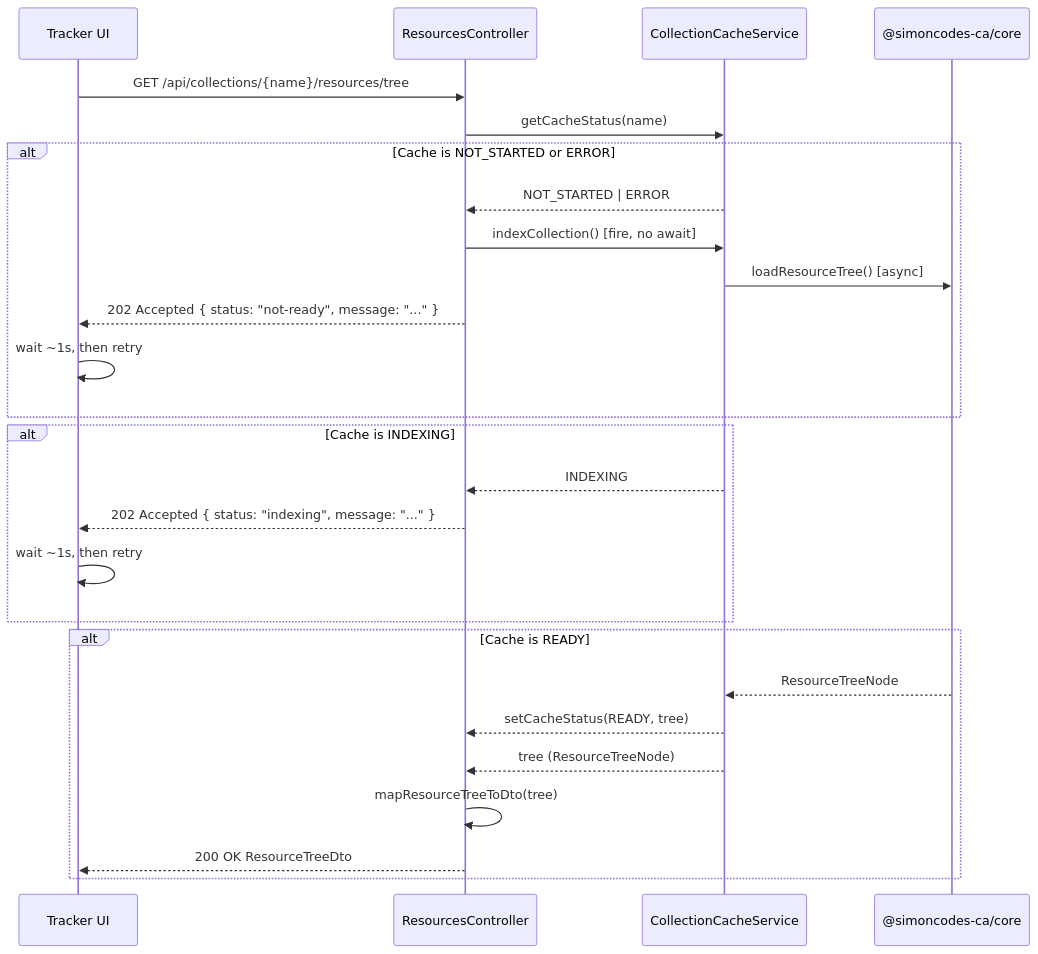
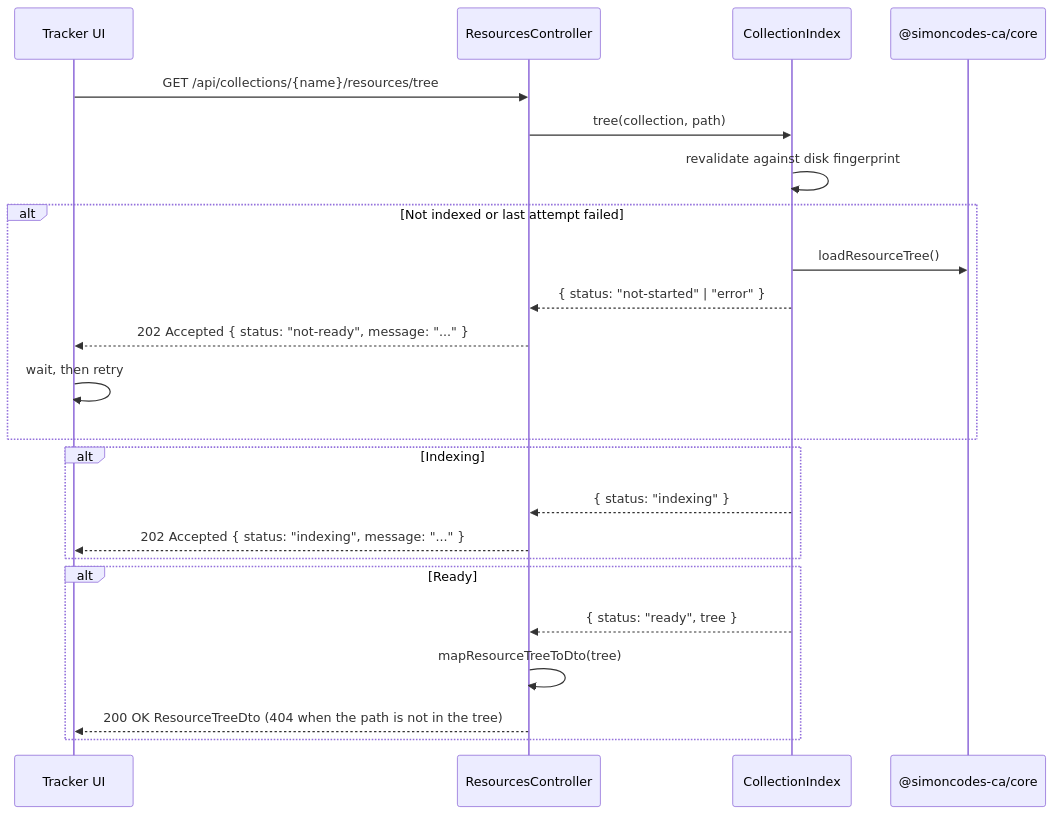
One commit to SimonNodel-AI/lingo-tracker changed the third of 4 diagrams in architecture-docs/api.md. Above: the diagram before and after it, drawn with Mermaid. The commit also changed other lines of this file and 38 other files, not shown here.

First line of the commit message:
refactor(api): replace the cache mechanism with a CollectionIndex

````diff
--- a/architecture-docs/api.md
+++ b/architecture-docs/api.md
@@ -257,32 +265,29 @@
 ```mermaid
 sequenceDiagram
     participant UI as Tracker UI
     participant API as ResourcesController
-    participant Cache as CollectionCacheService
+    participant Index as CollectionIndex
     participant Core as @simoncodes-ca/core
 
     UI->>API: GET /api/collections/{name}/resources/tree
-    API->>Cache: getCacheStatus(name)
+    API->>Index: tree(collection, path)
+    Index->>Index: revalidate against disk fingerprint
 
-    alt Cache is NOT_STARTED or ERROR
-        Cache-->>API: NOT_STARTED | ERROR
-        API->>Cache: indexCollection() [fire, no await]
-        Cache->>Core: loadResourceTree() [async]
+    alt Not indexed or last attempt failed
+        Index->>Core: loadResourceTree()
+        Index-->>API: { status: "not-started" | "error" }
         API-->>UI: 202 Accepted { status: "not-ready", message: "..." }
-        UI->>UI: wait ~1s, then retry
+        UI->>UI: wait, then retry
     end
 
-    alt Cache is INDEXING
-        Cache-->>API: INDEXING
+    alt Indexing
+        Index-->>API: { status: "indexing" }
         API-->>UI: 202 Accepted { status: "indexing", message: "..." }
-        UI->>UI: wait ~1s, then retry
     end
 
-    alt Cache is READY
-        Core-->>Cache: ResourceTreeNode
-        Cache-->>API: setCacheStatus(READY, tree)
-        Cache-->>API: tree (ResourceTreeNode)
+    alt Ready
+        Index-->>API: { status: "ready", tree }
         API->>API: mapResourceTreeToDto(tree)
-        API-->>UI: 200 OK ResourceTreeDto
+        API-->>UI: 200 OK ResourceTreeDto (404 when the path is not in the tree)
     end
 ```
````
